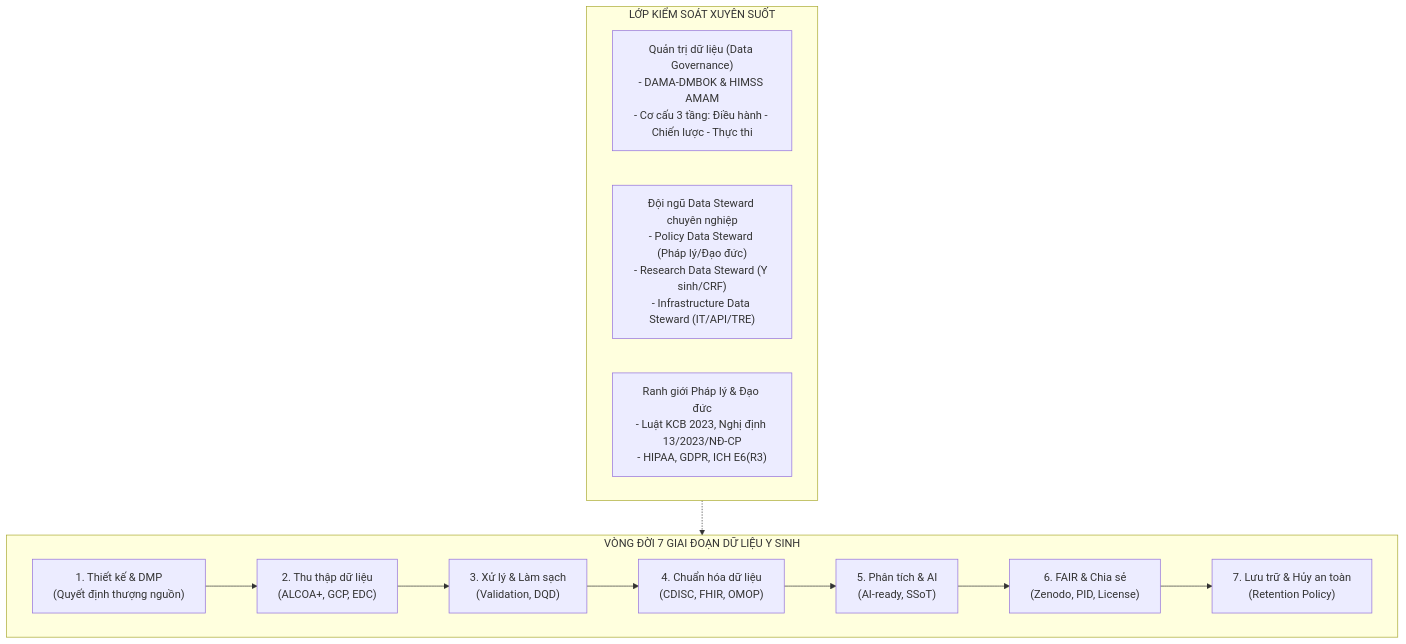
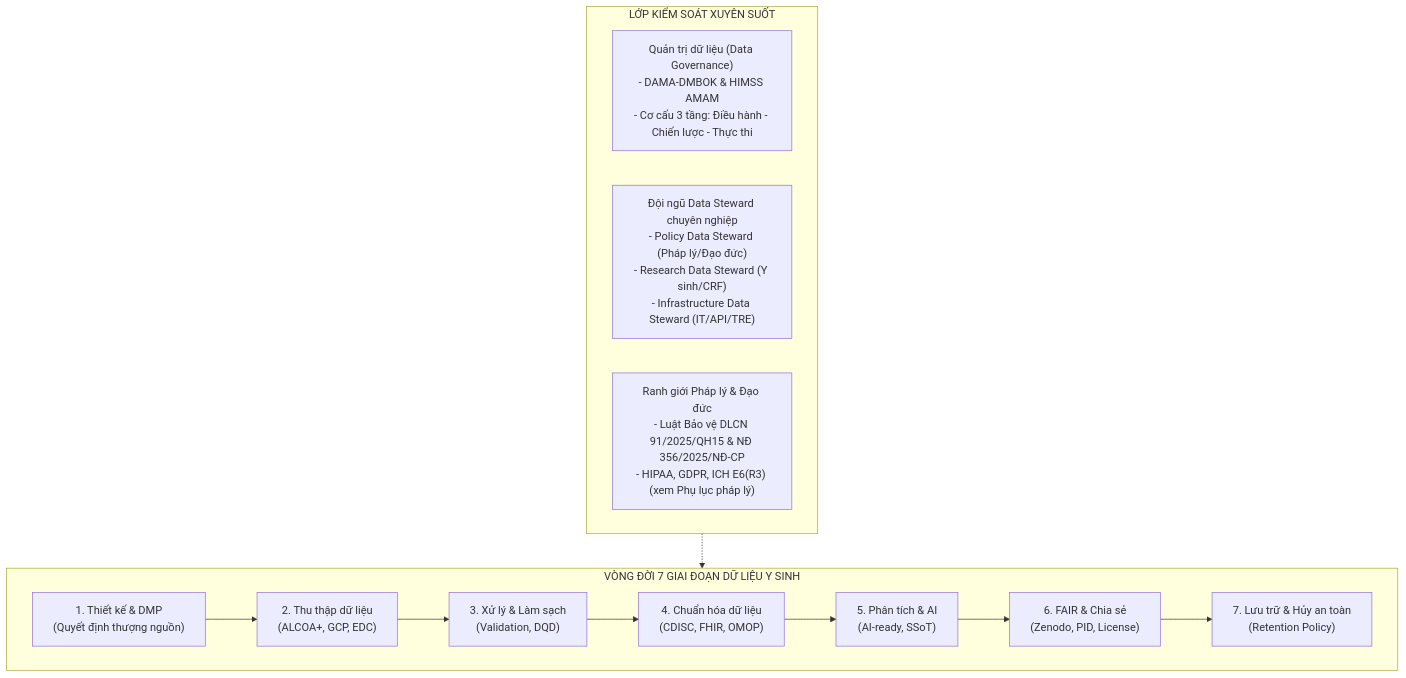
One commit to fossbk-spec/biomedical-rdm changed the first of 2 diagrams in docs/chapters/ch01_overview_and_dmp.md. Above: the diagram before and after it, drawn with Mermaid. The commit also changed other lines of this file and 9 other files, not shown here.

````diff
--- a/docs/chapters/ch01_overview_and_dmp.md
+++ b/docs/chapters/ch01_overview_and_dmp.md
@@ -26,19 +27,19 @@
 ```mermaid
 flowchart TD
     subgraph VONG_DOI["VÒNG ĐỜI 7 GIAI ĐOẠN DỮ LIỆU Y SINH"]
         G1["1. Thiết kế & DMP<br/>(Quyết định thượng nguồn)"] --> G2["2. Thu thập dữ liệu<br/>(ALCOA+, GCP, EDC)"]
         G2 --> G3["3. Xử lý & Làm sạch<br/>(Validation, DQD)"]
         G3 --> G4["4. Chuẩn hóa dữ liệu<br/>(CDISC, FHIR, OMOP)"]
         G4 --> G5["5. Phân tích & AI<br/>(AI-ready, SSoT)"]
         G5 --> G6["6. FAIR & Chia sẻ<br/>(Zenodo, PID, License)"]
         G6 --> G7["7. Lưu trữ & Hủy an toàn<br/>(Retention Policy)"]
     end
 
     subgraph NEN_TANG["LỚP KIỂM SOÁT XUYÊN SUỐT"]
         GOV["Quản trị dữ liệu (Data Governance)<br/>- DAMA-DMBOK & HIMSS AMAM<br/>- Cơ cấu 3 tầng: Điều hành - Chiến lược - Thực thi"]
         STEWARD["Đội ngũ Data Steward chuyên nghiệp<br/>- Policy Data Steward (Pháp lý/Đạo đức)<br/>- Research Data Steward (Y sinh/CRF)<br/>- Infrastructure Data Steward (IT/API/TRE)"]
-        LAW["Ranh giới Pháp lý & Đạo đức<br/>- Luật KCB 2023, Nghị định 13/2023/NĐ-CP<br/>- HIPAA, GDPR, ICH E6(R3)"]
+        LAW["Ranh giới Pháp lý & Đạo đức<br/>- Luật Bảo vệ DLCN 91/2025/QH15 & NĐ 356/2025/NĐ-CP<br/>- HIPAA, GDPR, ICH E6(R3) (xem Phụ lục pháp lý)"]
     end
 
     NEN_TANG -.-> VONG_DOI
 ```
````
